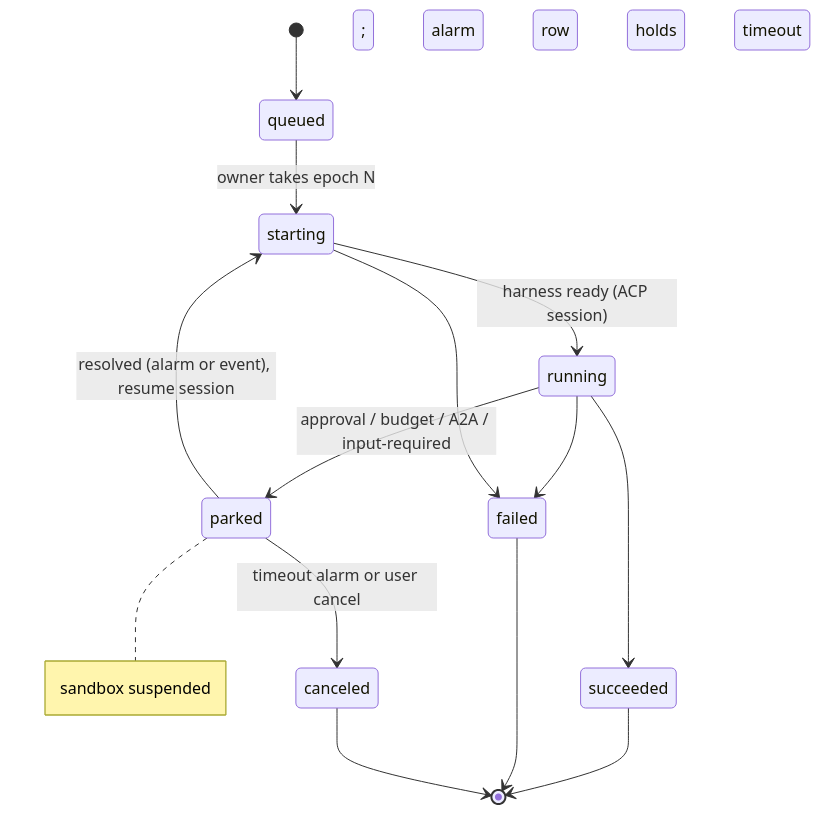
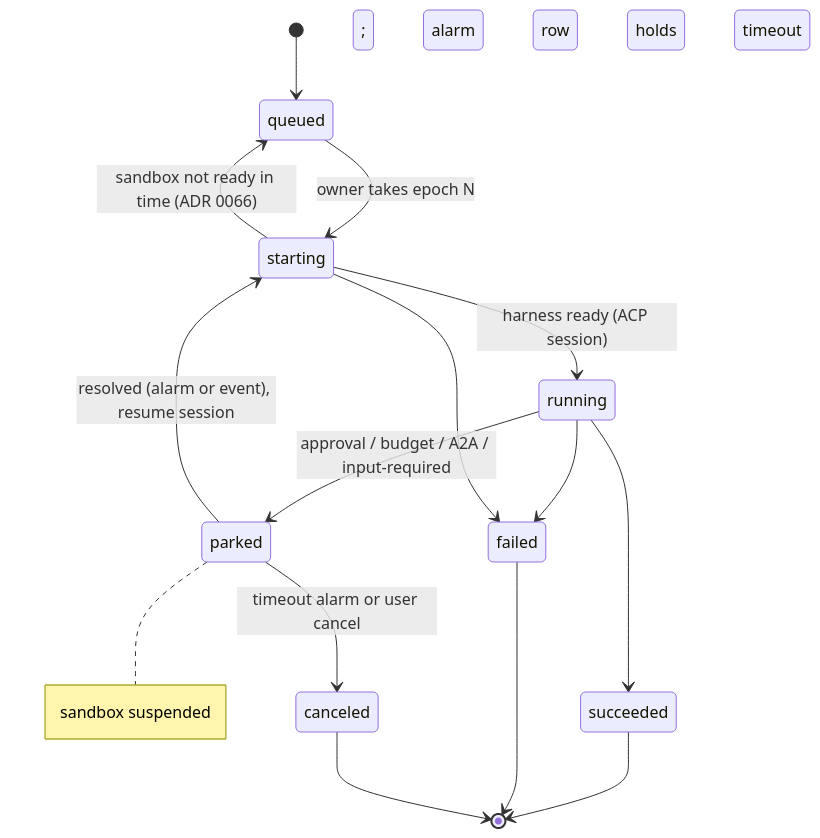
One commit to stateracloud/koinon changed the diagram in docs/adr/0030-run-state-machine.md. Above: the diagram before and after it, drawn with Mermaid. The commit also changed 39 other files, not shown here.

First line of the commit message:
feat(latency): warm windows, queued waits, run priority and per-sandbox jobs

````diff
--- a/docs/adr/0030-run-state-machine.md
+++ b/docs/adr/0030-run-state-machine.md
@@ -49,16 +49,17 @@
 ```mermaid
 stateDiagram-v2
     [*] --> queued
     queued --> starting: owner takes epoch N
     starting --> running: harness ready (ACP session)
     running --> parked: approval / budget / A2A / input-required
     parked --> starting: resolved (alarm or event), resume session
     running --> succeeded
     running --> failed
     parked --> canceled: timeout alarm or user cancel
     starting --> failed
+    starting --> queued: sandbox not ready in time (ADR 0066)
     succeeded --> [*]
     failed --> [*]
     canceled --> [*]
     note right of parked: sandbox suspended; alarm row holds timeout
 ```
````
